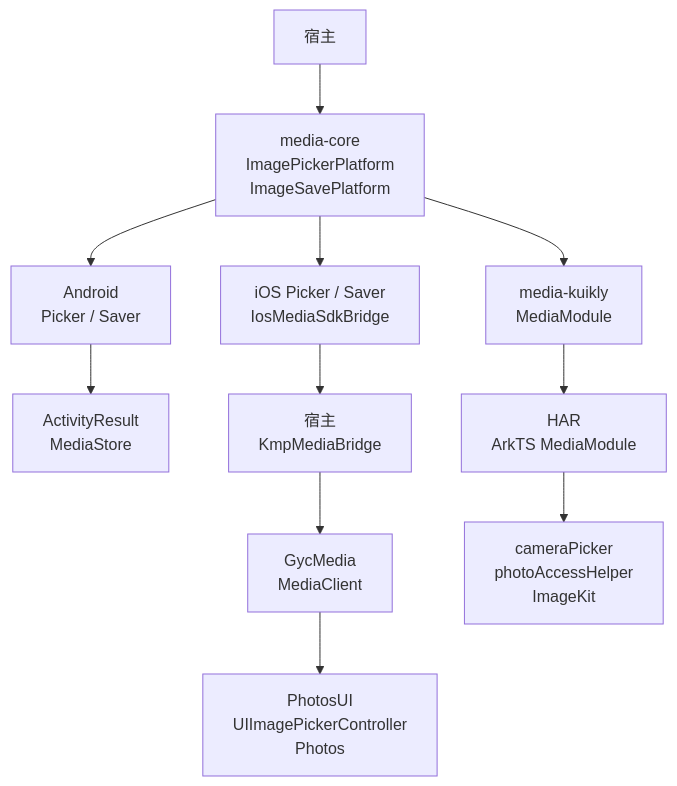
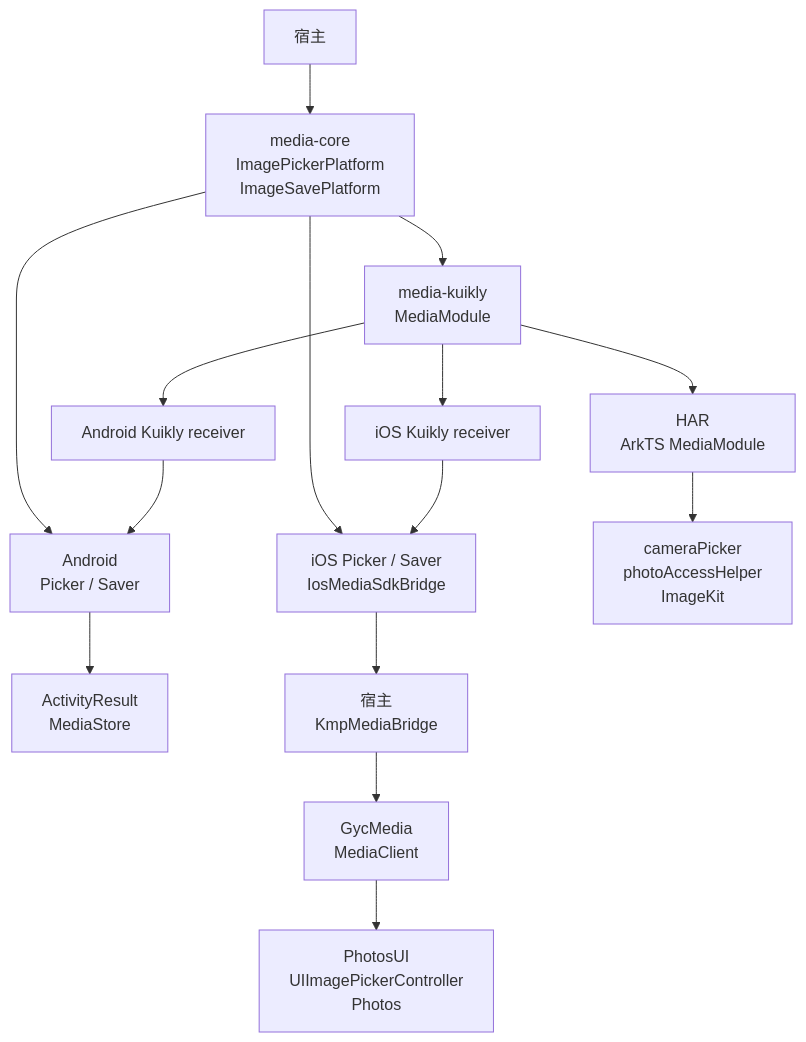
The first of 3 diagrams in README.md (gycrosskit/media), drawn with Mermaid before and after one commit. The commit also changed other lines of this file and 24 other files, not shown here.

Commit message:
feat(kuikly): add Android and iOS native Module receivers

````diff
--- a/README.md
+++ b/README.md
@@ -31,13 +34,17 @@
 ```mermaid
 flowchart TB
     Host[宿主] --> Core[media-core<br/>ImagePickerPlatform<br/>ImageSavePlatform]
     Core --> Android[Android<br/>Picker / Saver]
     Android --> AndroidSystem[ActivityResult<br/>MediaStore]
     Core --> IOS[iOS Picker / Saver<br/>IosMediaSdkBridge]
     IOS --> Bridge[宿主<br/>KmpMediaBridge]
     Bridge --> Swift[GycMedia<br/>MediaClient]
     Swift --> Apple[PhotosUI<br/>UIImagePickerController<br/>Photos]
     Core --> Module[media-kuikly<br/>MediaModule]
+    Module --> AndroidReceiver[Android Kuikly receiver]
+    AndroidReceiver --> Android
+    Module --> IosReceiver[iOS Kuikly receiver]
+    IosReceiver --> IOS
     Module --> Native[HAR<br/>ArkTS MediaModule]
     Native --> Harmony[cameraPicker<br/>photoAccessHelper<br/>ImageKit]
 ```
````
